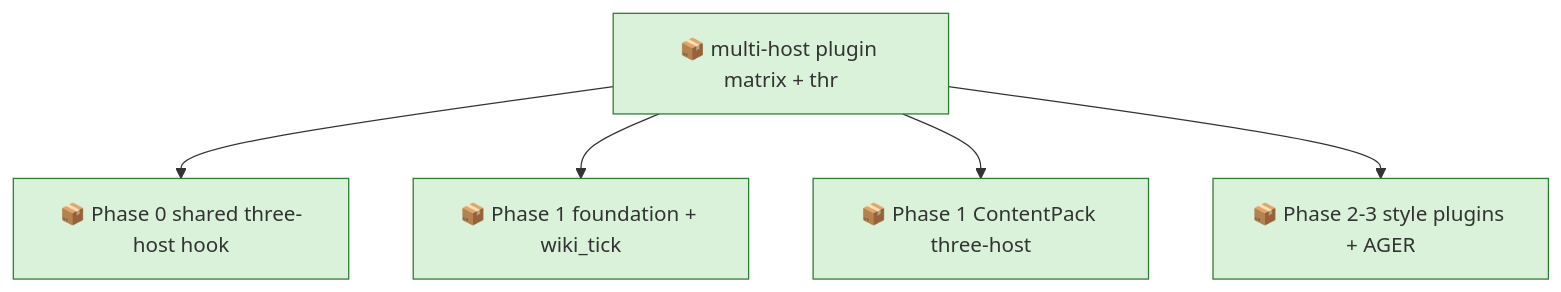
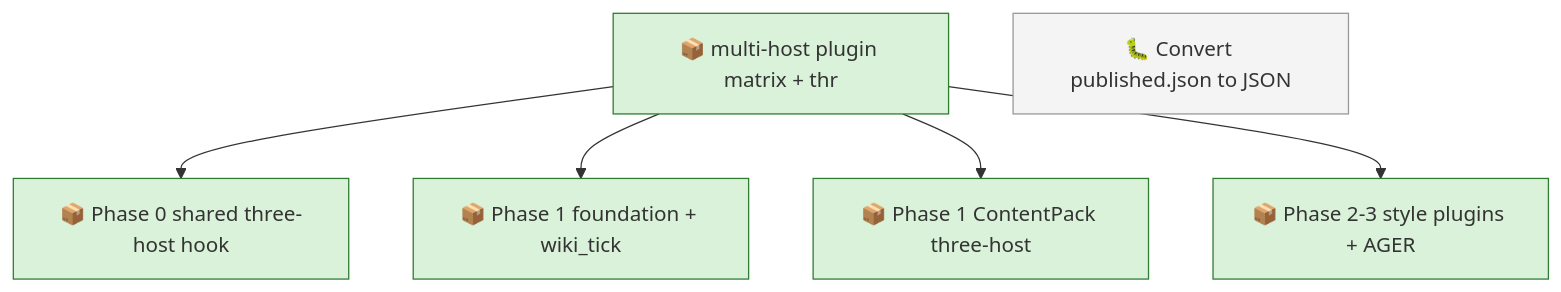
One commit to SpillwaveSolutions/wiki_ticket_sdd changed the first of 2 diagrams in docs/roadmap.md. Above: the diagram before and after it, drawn with Mermaid. The commit also changed other lines of this file and 31 other files, not shown here.

First line of the commit message:
Convert published.json to JSONL ledger with union merge (01M18QBM233GRTVR7JRXSVNK66)

````diff
--- a/docs/roadmap.md
+++ b/docs/roadmap.md
@@ -43,14 +49,17 @@
 ```mermaid
 graph TD
     01M0KCDKJRAZYMWDD9PFGHC6XY["📦 multi-host plugin matrix + thr"]
     01M0KCDV5GP8BMZT142MMAPAG7["📦 Phase 0 shared three-host hook"]
     01M0KCDV7AQEQ61TA2MYN3M5C3["📦 Phase 1 foundation + wiki_tick"]
     01M0KCDV94P4YPBXJXQZNNGQTM["📦 Phase 1 ContentPack three-host"]
     01M0KCDVAYS67SPN8FHAYY4DWX["📦 Phase 2-3 style plugins + AGER"]
+    01M18QBM233GRTVR7JRXSVNK66["🐛 Convert published.json to JSON"]
     01M0KCDKJRAZYMWDD9PFGHC6XY --> 01M0KCDV5GP8BMZT142MMAPAG7
     01M0KCDKJRAZYMWDD9PFGHC6XY --> 01M0KCDV7AQEQ61TA2MYN3M5C3
     01M0KCDKJRAZYMWDD9PFGHC6XY --> 01M0KCDV94P4YPBXJXQZNNGQTM
     01M0KCDKJRAZYMWDD9PFGHC6XY --> 01M0KCDVAYS67SPN8FHAYY4DWX
+    classDef todo fill:#f4f4f4,stroke:#999999
+    class 01M18QBM233GRTVR7JRXSVNK66 todo
     classDef in_progress fill:#d9f2d9,stroke:#2e7d32
     class 01M0KCDKJRAZYMWDD9PFGHC6XY,01M0KCDV5GP8BMZT142MMAPAG7,01M0KCDV7AQEQ61TA2MYN3M5C3,01M0KCDV94P4YPBXJXQZNNGQTM,01M0KCDVAYS67SPN8FHAYY4DWX in_progress
 ```
````
